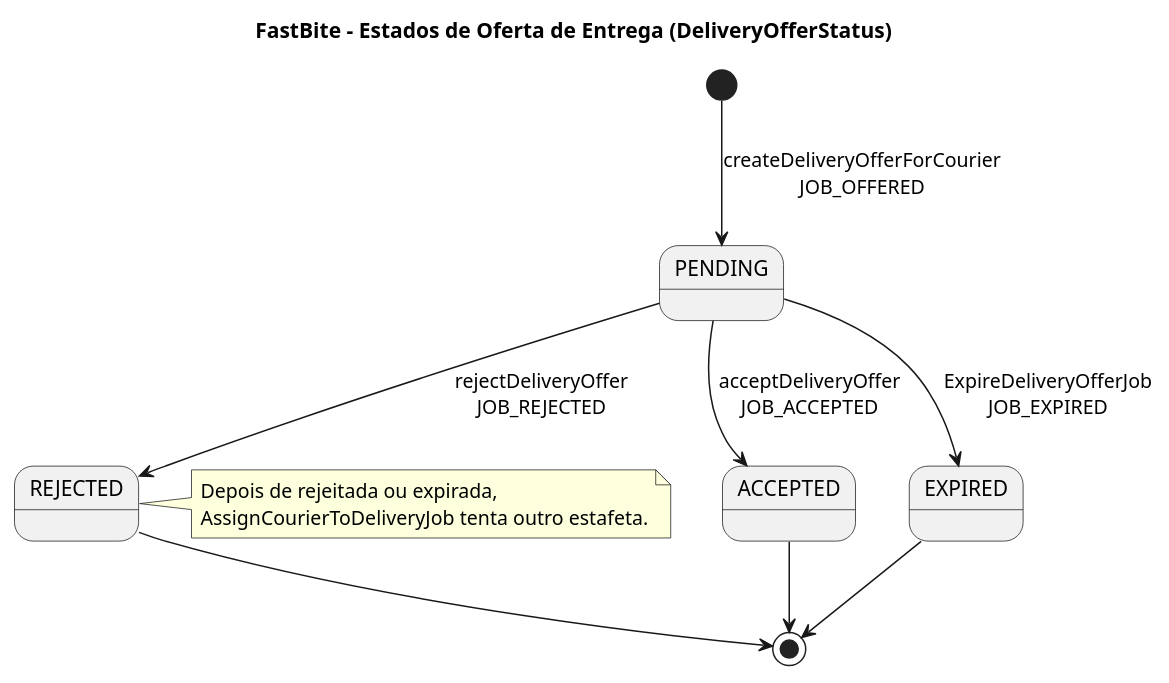
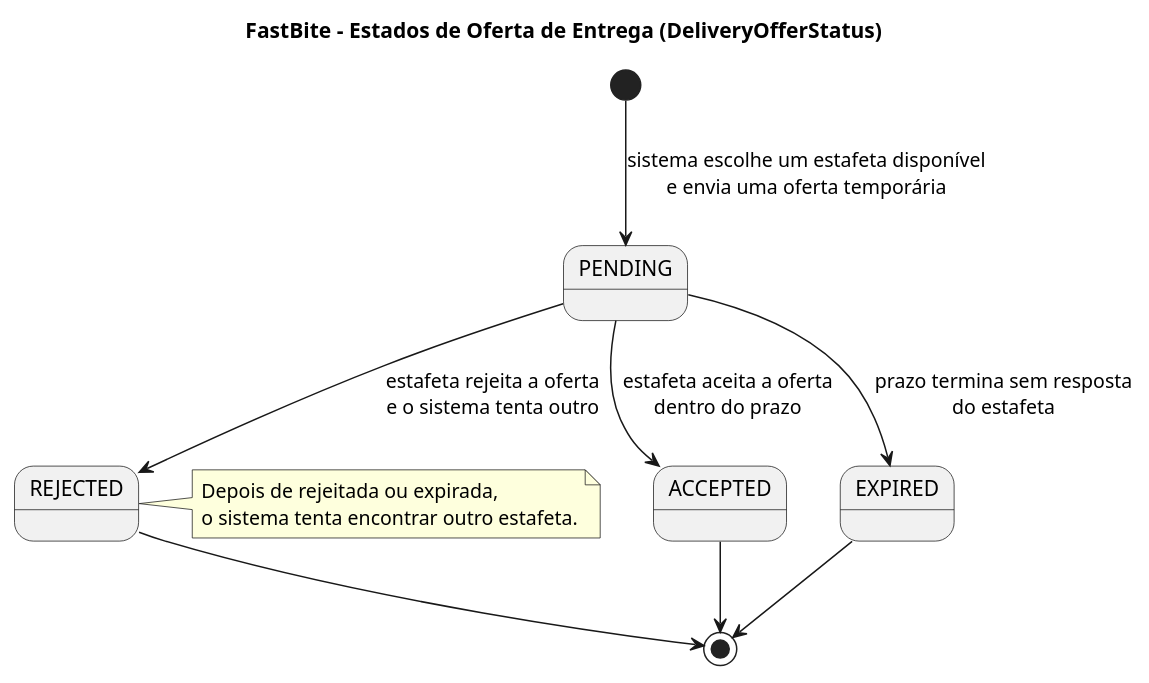
The diagram in Documentacao/docs novas/04d_estado_oferta_entrega.puml (DuarteMSousa/FastBite), drawn with PlantUML before and after one commit. The commit also changed 10 other files, not shown here.

First line of the commit message:
Docs: update and add PUML diagrams

```diff
--- a/Documentacao/docs novas/04d_estado_oferta_entrega.puml
+++ b/Documentacao/docs novas/04d_estado_oferta_entrega.puml
@@ -1,21 +1,21 @@
 @startuml FastBite_State_DeliveryOffer
 title FastBite - Estados de Oferta de Entrega (DeliveryOfferStatus)
 
 skinparam shadowing false
 
-[*] --> PENDING : createDeliveryOfferForCourier\nJOB_OFFERED
+[*] --> PENDING : sistema escolhe um estafeta disponível\ne envia uma oferta temporária
 
-PENDING --> ACCEPTED : acceptDeliveryOffer\nJOB_ACCEPTED
-PENDING --> REJECTED : rejectDeliveryOffer\nJOB_REJECTED
-PENDING --> EXPIRED : ExpireDeliveryOfferJob\nJOB_EXPIRED
+PENDING --> ACCEPTED : estafeta aceita a oferta\ndentro do prazo
+PENDING --> REJECTED : estafeta rejeita a oferta\ne o sistema tenta outro
+PENDING --> EXPIRED : prazo termina sem resposta\ndo estafeta
 
 ACCEPTED --> [*]
 REJECTED --> [*]
 EXPIRED --> [*]
 
 note right of REJECTED
   Depois de rejeitada ou expirada,
-  AssignCourierToDeliveryJob tenta outro estafeta.
+  o sistema tenta encontrar outro estafeta.
 end note
 
 @enduml
```
